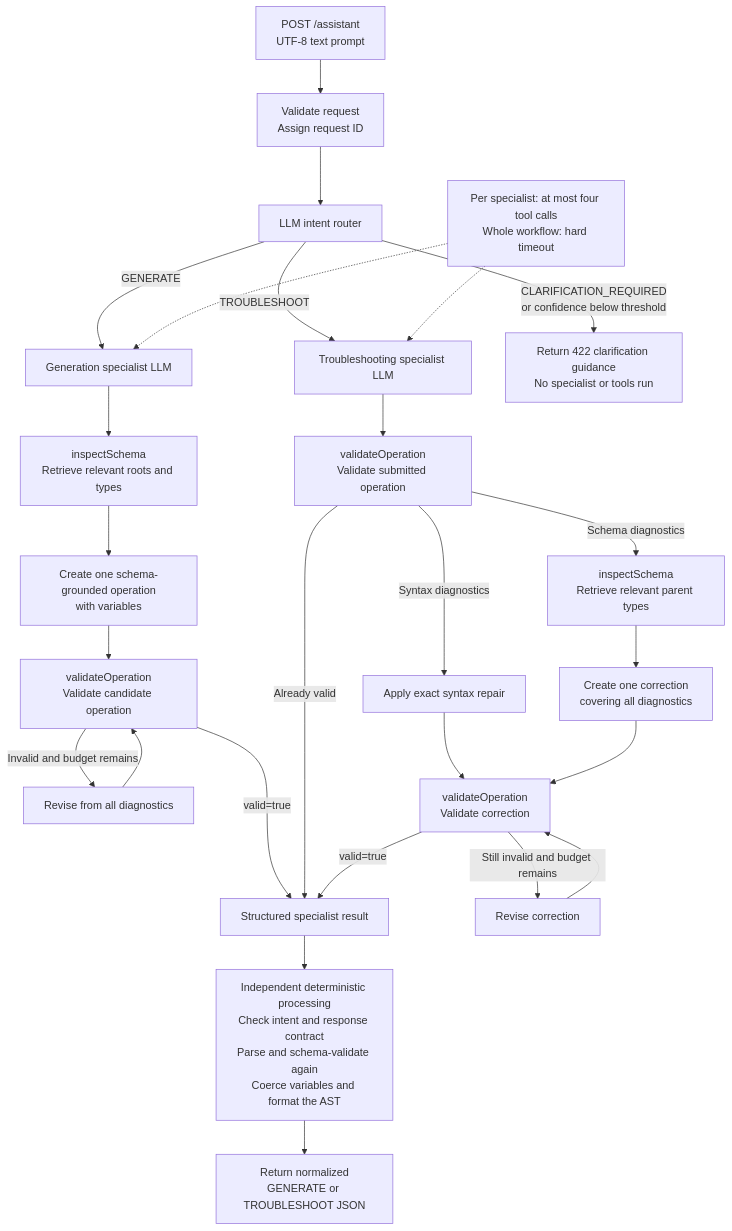
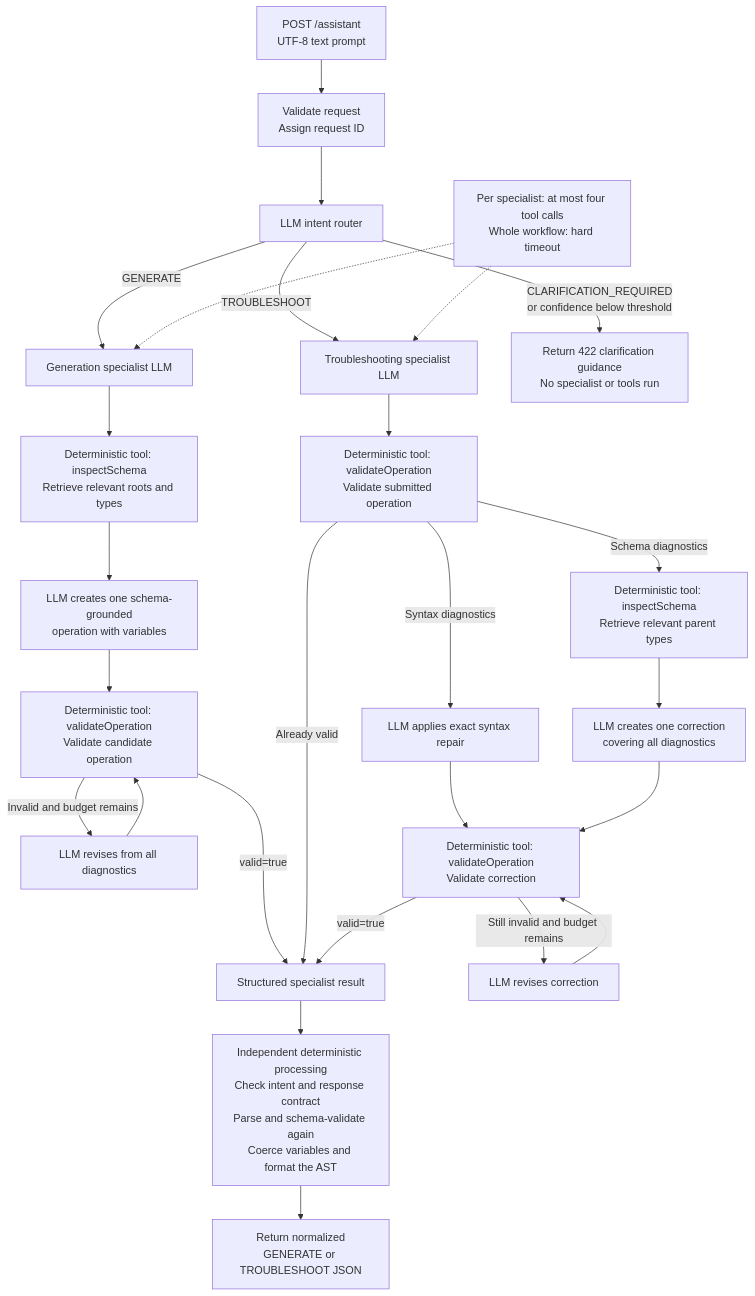
Before and after one commit to skp2001vn/agentic-graphql-assistant: the diagram in README.md, drawn with Mermaid.

Commit message:
Clarify agent diagram responsibilities

````diff
--- a/README.md
+++ b/README.md
@@ -43,33 +43,33 @@
 ```mermaid
 flowchart TD
     A["POST /assistant<br/>UTF-8 text prompt"] --> B["Validate request<br/>Assign request ID"]
     B --> C["LLM intent router"]
 
     C -->|"GENERATE"| G["Generation specialist LLM"]
-    G --> GI["inspectSchema<br/>Retrieve relevant roots and types"]
-    GI --> GC["Create one schema-grounded operation<br/>with variables"]
-    GC --> GV["validateOperation<br/>Validate candidate operation"]
-    GV -->|"Invalid and budget remains"| GR["Revise from all diagnostics"]
+    G --> GI["Deterministic tool: inspectSchema<br/>Retrieve relevant roots and types"]
+    GI --> GC["LLM creates one schema-grounded<br/>operation with variables"]
+    GC --> GV["Deterministic tool: validateOperation<br/>Validate candidate operation"]
+    GV -->|"Invalid and budget remains"| GR["LLM revises from all diagnostics"]
     GR --> GV
     GV -->|"valid=true"| S["Structured specialist result"]
 
     C -->|"TROUBLESHOOT"| T["Troubleshooting specialist LLM"]
-    T --> TV1["validateOperation<br/>Validate submitted operation"]
+    T --> TV1["Deterministic tool: validateOperation<br/>Validate submitted operation"]
     TV1 -->|"Already valid"| S
-    TV1 -->|"Syntax diagnostics"| TF1["Apply exact syntax repair"]
-    TF1 --> TV2["validateOperation<br/>Validate correction"]
-    TV1 -->|"Schema diagnostics"| TI["inspectSchema<br/>Retrieve relevant parent types"]
-    TI --> TF2["Create one correction<br/>covering all diagnostics"]
+    TV1 -->|"Syntax diagnostics"| TF1["LLM applies exact syntax repair"]
+    TF1 --> TV2["Deterministic tool: validateOperation<br/>Validate correction"]
+    TV1 -->|"Schema diagnostics"| TI["Deterministic tool: inspectSchema<br/>Retrieve relevant parent types"]
+    TI --> TF2["LLM creates one correction<br/>covering all diagnostics"]
     TF2 --> TV2
-    TV2 -->|"Still invalid and budget remains"| TF3["Revise correction"]
+    TV2 -->|"Still invalid and budget remains"| TF3["LLM revises correction"]
     TF3 --> TV2
     TV2 -->|"valid=true"| S
 
     C -->|"CLARIFICATION_REQUIRED<br/>or confidence below threshold"| Q["Return 422 clarification guidance<br/>No specialist or tools run"]
 
     S --> D["Independent deterministic processing<br/>Check intent and response contract<br/>Parse and schema-validate again<br/>Coerce variables and format the AST"]
     D --> R["Return normalized<br/>GENERATE or TROUBLESHOOT JSON"]
 
     L["Per specialist: at most four tool calls<br/>Whole workflow: hard timeout"] -.-> G
     L -.-> T
 ```
````
